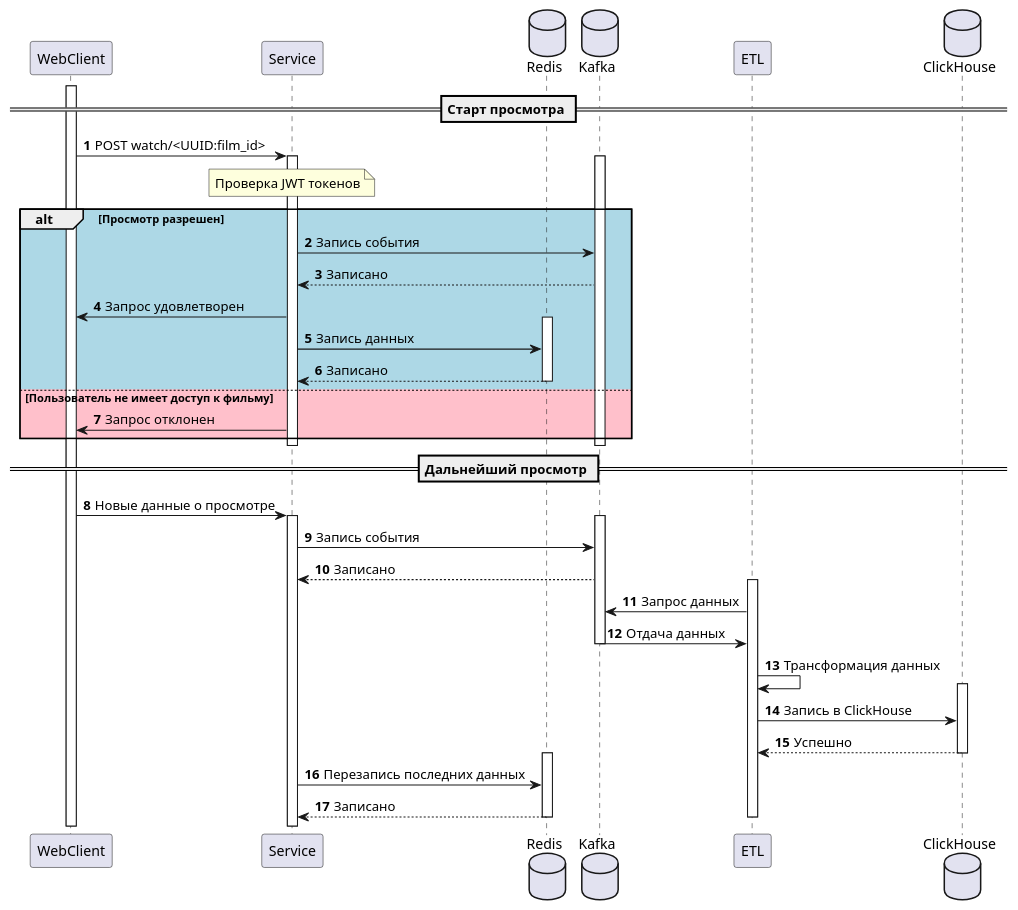
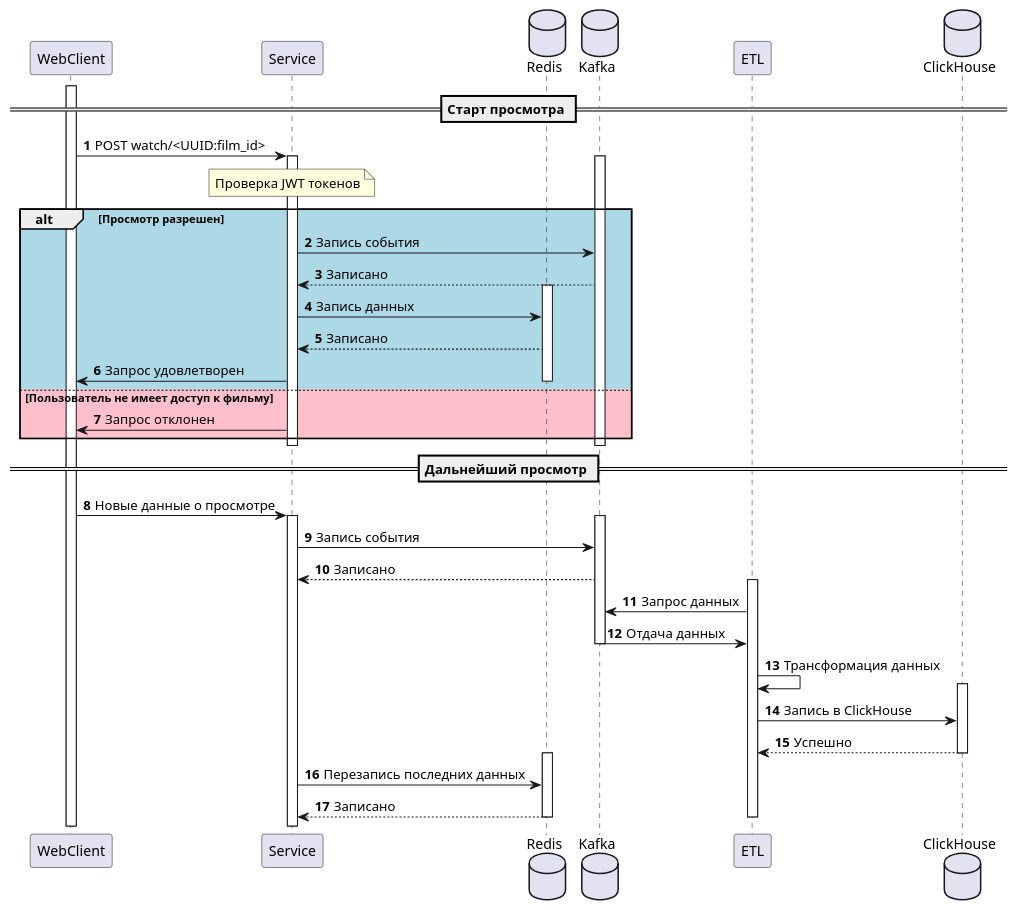
Before and after one commit to AlexanderPRM/Cinema: the diagram in ugc/architecture/0.1.2-ugc-watch.puml, drawn with PlantUML. The commit also changed other lines of this file and 9 other files, not shown here.

```diff
--- a/ugc/architecture/0.1.2-ugc-watch.puml
+++ b/ugc/architecture/0.1.2-ugc-watch.puml
@@ -1,46 +1,46 @@
 @startuml ugc-watch-film
 == Старт просмотра ==
 autonumber
 activate WebClient
 WebClient -> Service: POST watch/<UUID:film_id>
 activate Service
 database Redis
 note over Service: Проверка JWT токенов
 alt #LightBlue Просмотр разрешен
         database Kafka
         activate Kafka
         Service -> Kafka: Запись события
         Kafka --> Service: Записано
-        Service -> WebClient: Запрос удовлетворен
         activate Redis
         Service -> Redis: Запись данных
         Redis --> Service: Записано
+        Service -> WebClient: Запрос удовлетворен
         deactivate Redis
     else #Pink Пользователь не имеет доступ к фильму
         Service -> WebClient: Запрос отклонен
     end
 deactivate Kafka
 deactivate Service
 
 == Дальнейший просмотр ==
 WebClient -> Service: Новые данные о просмотре
 activate Service
 activate Kafka
 Service -> Kafka: Запись события
 Kafka --> Service: Записано
 activate ETL
 database ClickHouse
 ETL -> Kafka: Запрос данных
 Kafka -> ETL: Отдача данных
 deactivate Kafka
 ETL -> ETL: Трансформация данных
 activate ClickHouse
 ETL -> ClickHouse: Запись в ClickHouse
 ClickHouse --> ETL: Успешно
 deactivate ClickHouse
 activate Redis
 Service -> Redis: Перезапись последних данных
 Redis --> Service: Записано
 deactivate Redis
 deactivate ETL
 @enduml
```
